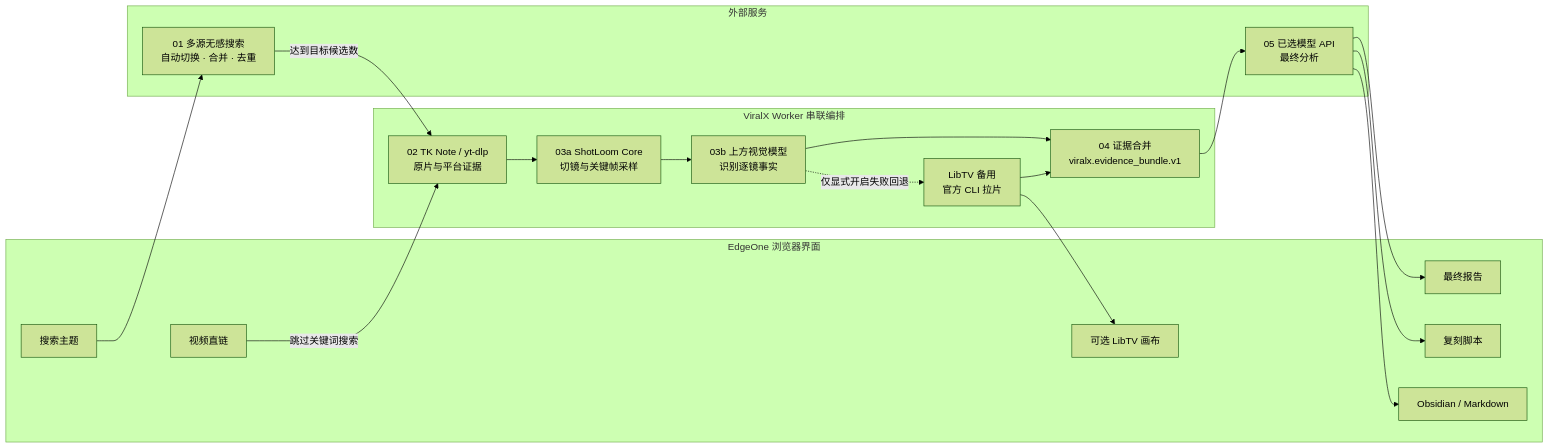
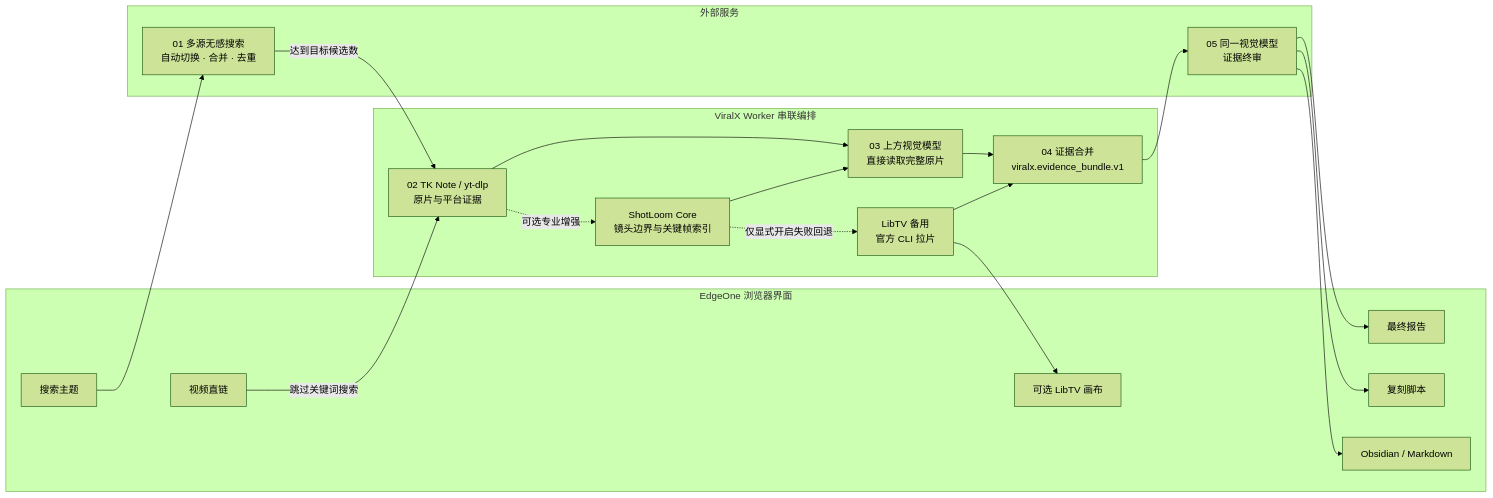
The diagram in docs/assets/viralx-workflow.mmd (chongchonghaoman/ViralX), drawn with Mermaid (forest theme) before and after one commit. The commit also changed 26 other files, not shown here.

```diff
--- a/docs/assets/viralx-workflow.mmd
+++ b/docs/assets/viralx-workflow.mmd
@@ -1,36 +1,37 @@
 flowchart LR
     K[搜索主题] --> A[01 多源无感搜索<br/>自动切换 · 合并 · 去重]
     A -->|达到目标候选数| T[02 TK Note / yt-dlp<br/>原片与平台证据]
     U[视频直链] -->|跳过关键词搜索| T
-    T --> F[03a ShotLoom Core<br/>切镜与关键帧采样]
-    F --> V[03b 上方视觉模型<br/>识别逐镜事实]
-    V -. 仅显式开启失败回退 .-> L[LibTV 备用<br/>官方 CLI 拉片]
+    T --> V[03 上方视觉模型<br/>直接读取完整原片]
+    T -. 可选专业增强 .-> F[ShotLoom Core<br/>镜头边界与关键帧索引]
+    F --> V
+    F -. 仅显式开启失败回退 .-> L[LibTV 备用<br/>官方 CLI 拉片]
     V --> E[04 证据合并<br/>viralx.evidence_bundle.v1]
     L --> E
-    E --> M[05 已选模型 API<br/>最终分析]
+    E --> M[05 同一视觉模型<br/>证据终审]
     M --> R[最终报告]
     M --> P[复刻脚本]
     M --> O[Obsidian / Markdown]
     L --> C[可选 LibTV 画布]
 
     subgraph Browser[EdgeOne 浏览器界面]
         K
         U
         R
         P
         O
         C
     end
 
     subgraph Worker[ViralX Worker 串联编排]
         T
         F
         V
         L
         E
     end
 
     subgraph Services[外部服务]
         A
         M
     end
```
